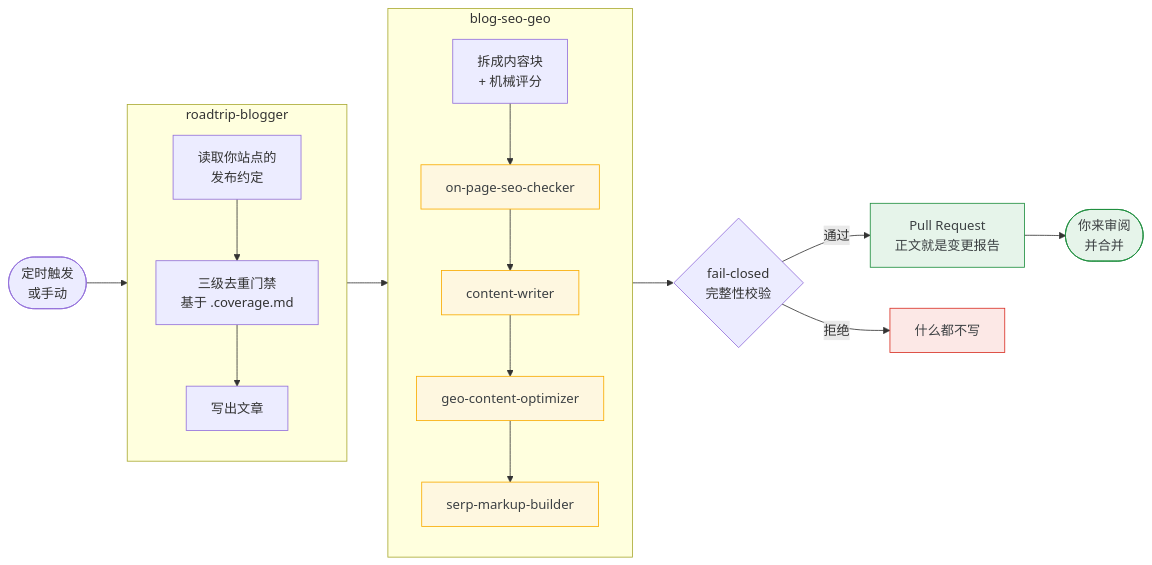
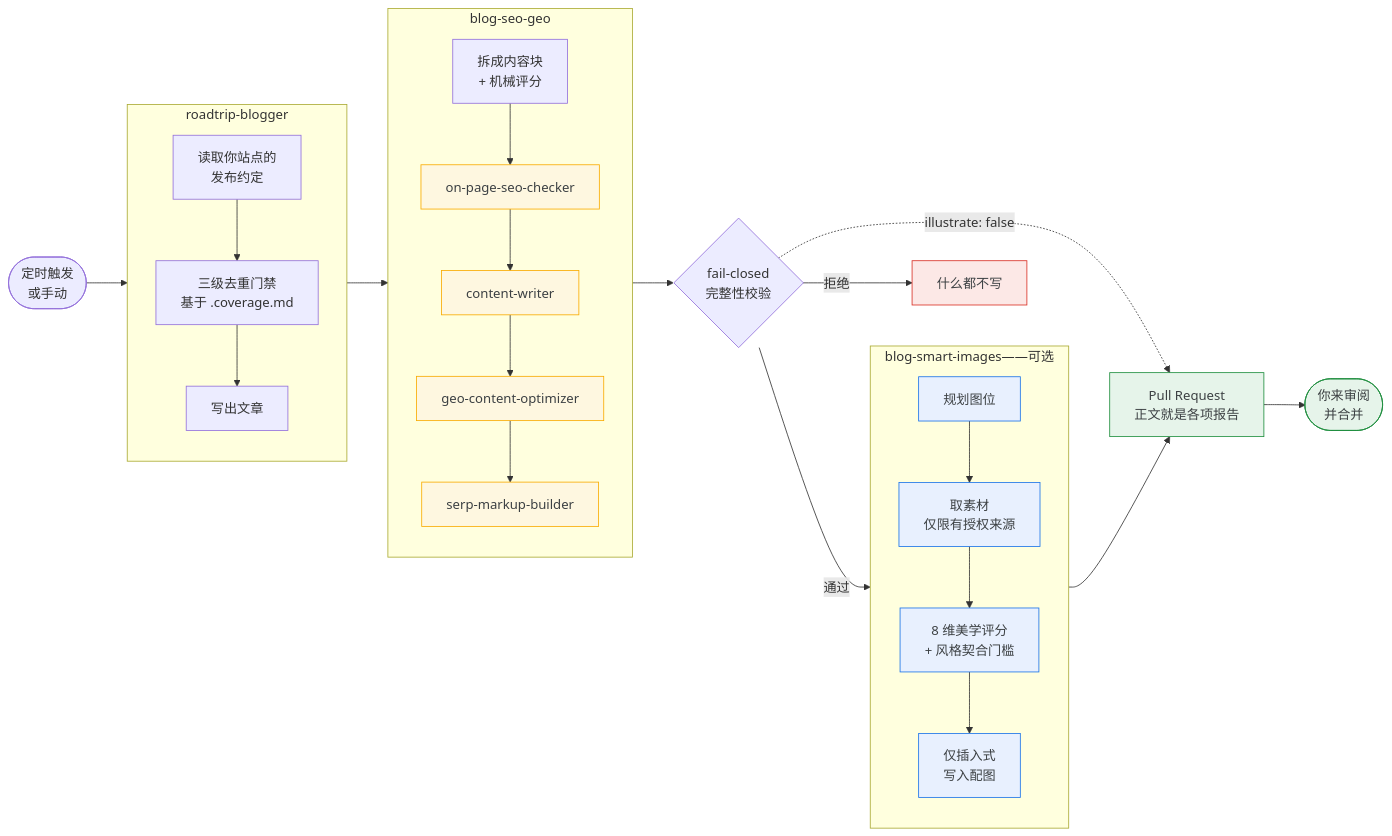
The diagram in README.zh-CN.md (cazerme/blog-marketing-skills), drawn with Mermaid before and after one commit. The commit also changed other lines of this file and 5 other files, not shown here.

````diff
--- a/README.zh-CN.md
+++ b/README.zh-CN.md
@@ -27,37 +27,49 @@
 ```mermaid
 flowchart LR
     S([定时触发<br/>或手动])
 
     subgraph GEN["roadtrip-blogger"]
         direction TB
         G[读取你站点的<br/>发布约定] --> G2[三级去重门禁<br/>基于 .coverage.md]
         G2 --> G3[写出文章]
     end
 
     subgraph OPT["blog-seo-geo"]
         direction TB
         P[拆成内容块<br/>+ 机械评分] --> A1[on-page-seo-checker]
         A1 --> A2[content-writer]
         A2 --> A3[geo-content-optimizer]
         A3 --> A4[serp-markup-builder]
     end
 
     C{fail-closed<br/>完整性校验}
-    PR[Pull Request<br/>正文就是变更报告]
+
+    subgraph IMG["blog-smart-images——可选"]
+        direction TB
+        I1[规划图位] --> I2[取素材<br/>仅限有授权来源]
+        I2 --> I3[8 维美学评分<br/>+ 风格契合门槛]
+        I3 --> I4[仅插入式<br/>写入配图]
+    end
+
+    PR[Pull Request<br/>正文就是各项报告]
     N[什么都不写]
     M([你来审阅<br/>并合并])
 
     S --> G
     G3 --> P
     A4 --> C
-    C -->|通过| PR
     C -->|拒绝| N
+    C -->|通过| I1
+    I4 --> PR
+    C -.->|illustrate: false| PR
     PR --> M
 
     classDef aaron fill:#fef7e0,stroke:#f9ab00,color:#3c4043
+    classDef img fill:#e8f0fe,stroke:#1a73e8,color:#3c4043
     classDef stop fill:#fce8e6,stroke:#d93025,color:#3c4043
     classDef done fill:#e6f4ea,stroke:#1e8e3e,color:#3c4043
     class A1,A2,A3,A4 aaron
+    class I1,I2,I3,I4 img
     class N stop
     class PR,M done
 ```
````
